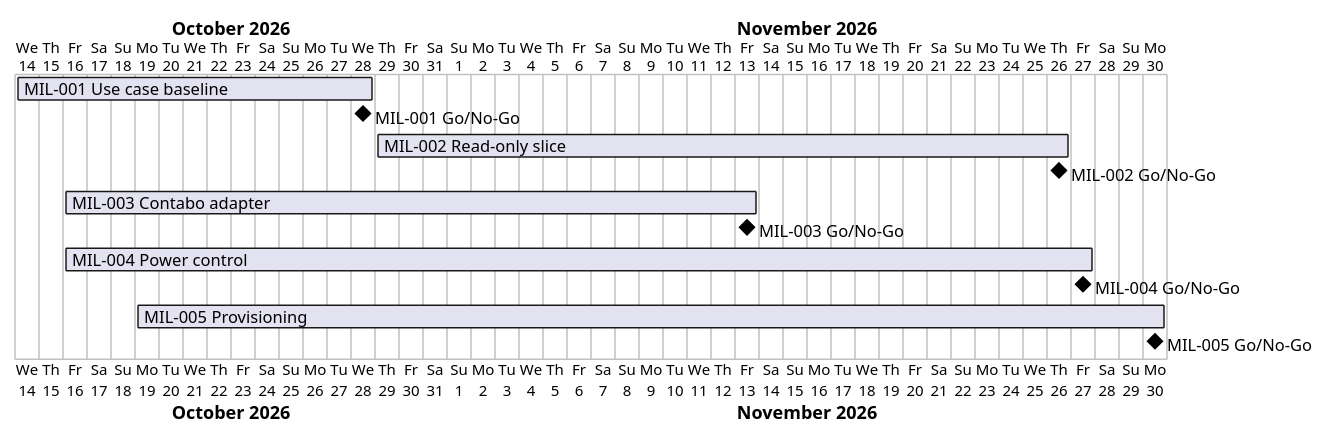
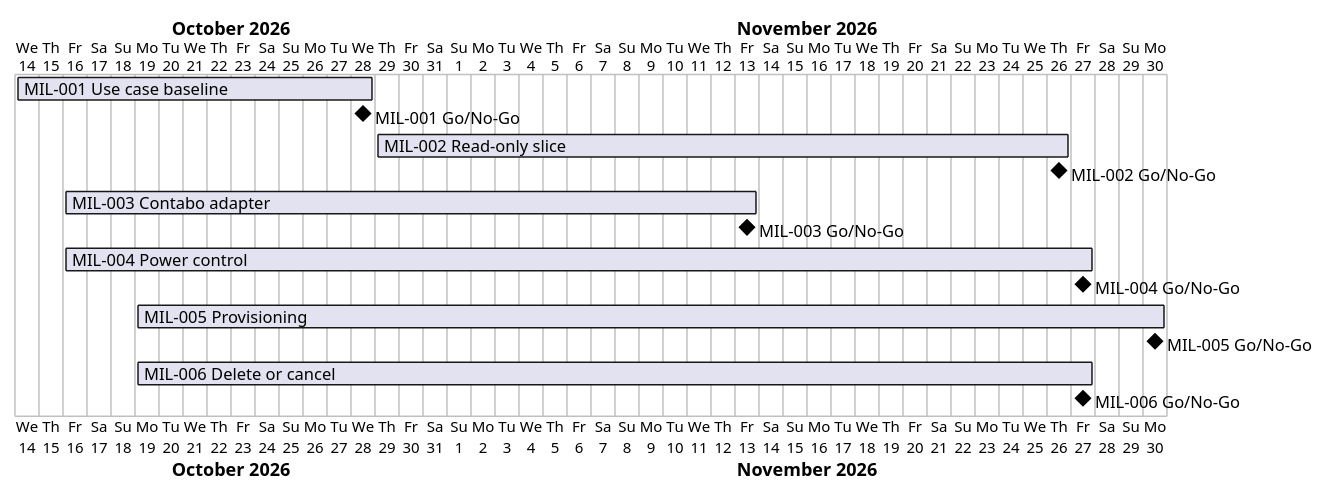
The diagram in docs/project-plan.md (TirSystem/iac-node-forge), drawn with PlantUML before and after one commit. The commit also changed other lines of this file and 5 other files, not shown here.

Commit message:
Plan MIL-006: delete or cancel a server (RC-081, RC-082)

````diff
--- a/docs/project-plan.md
+++ b/docs/project-plan.md
@@ -53,15 +56,17 @@
 ```plantuml
 @startgantt
 Project starts 2026-10-14
 [MIL-001 Use case baseline] starts 2026-10-14 and ends 2026-10-28
 [MIL-001 Go/No-Go] happens 2026-10-28
 [MIL-002 Read-only slice] starts 2026-10-29 and ends 2026-11-26
 [MIL-002 Go/No-Go] happens 2026-11-26
 [MIL-003 Contabo adapter] starts 2026-10-16 and ends 2026-11-13
 [MIL-003 Go/No-Go] happens 2026-11-13
 [MIL-004 Power control] starts 2026-10-16 and ends 2026-11-27
 [MIL-004 Go/No-Go] happens 2026-11-27
 [MIL-005 Provisioning] starts 2026-10-19 and ends 2026-11-30
 [MIL-005 Go/No-Go] happens 2026-11-30
+[MIL-006 Delete or cancel] starts 2026-10-19 and ends 2026-11-27
+[MIL-006 Go/No-Go] happens 2026-11-27
 @endgantt
 ```
````
